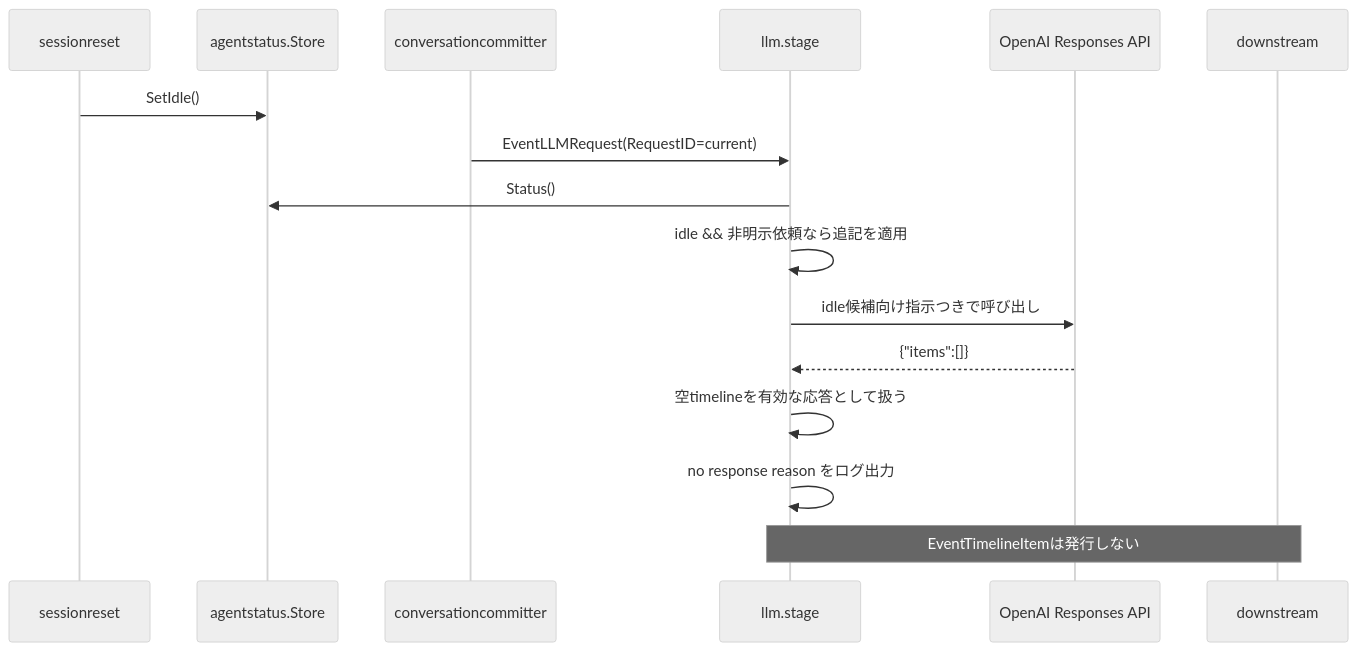
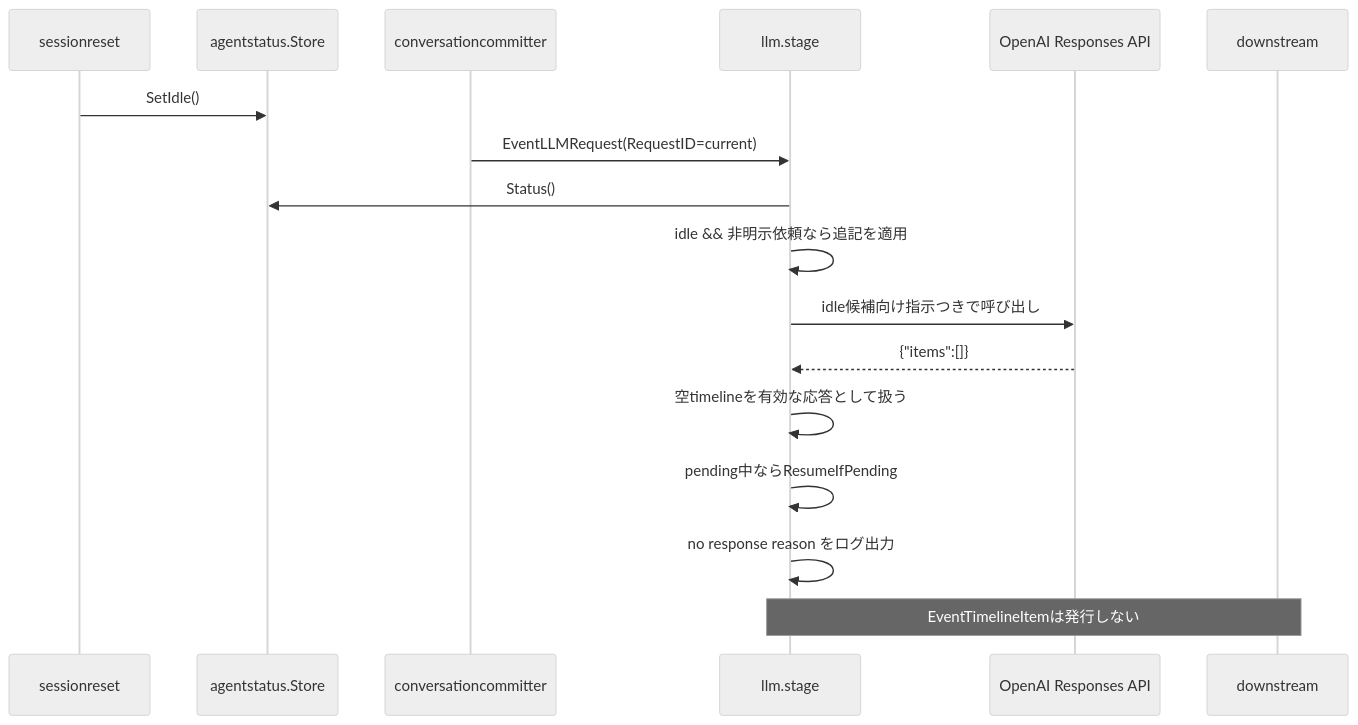
One commit to tetetratra/smart-speaker changed the second of 3 diagrams in docs/components/llm.md. Above: the diagram before and after it, drawn with Mermaid (neutral theme). The commit also changed other lines of this file and 6 other files, not shown here.

Commit message:
docs: update VAD interruption flow

````diff
--- a/docs/components/llm.md
+++ b/docs/components/llm.md
@@ -100,19 +104,20 @@
 ```mermaid
 sequenceDiagram
   participant SessionReset as sessionreset
   participant AgentStatus as agentstatus.Store
   participant Committer as conversationcommitter
   participant LLM as llm.stage
   participant OpenAI as OpenAI Responses API
   participant Down as downstream
 
   SessionReset->>AgentStatus: SetIdle()
   Committer->>LLM: EventLLMRequest(RequestID=current)
   LLM->>AgentStatus: Status()
   LLM->>LLM: idle && 非明示依頼なら追記を適用
   LLM->>OpenAI: idle候補向け指示つきで呼び出し
   OpenAI-->>LLM: {"items":[]}
   LLM->>LLM: 空timelineを有効な応答として扱う
+  LLM->>LLM: pending中ならResumeIfPending
   LLM->>LLM: no response reason をログ出力
   Note over LLM,Down: EventTimelineItemは発行しない
 ```
````
